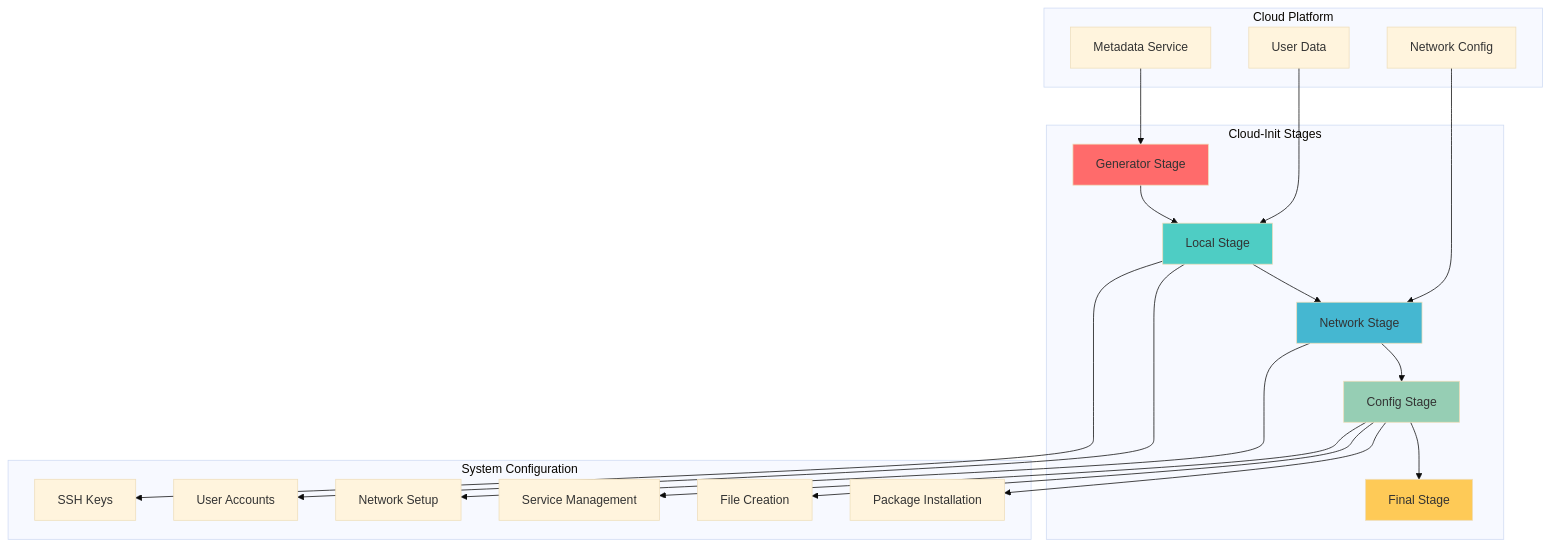
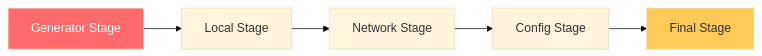
The diagram in 2-Intermediate/02-Phase-2/02-Configuration-Tools/05-Cloud-Init/README.md (Ganil151/Devops), drawn with Mermaid (base theme) before and after one commit. The commit also changed other lines of this file and 217 other files, not shown here.

````diff
--- a/2-Intermediate/02-Phase-2/02-Configuration-Tools/05-Cloud-Init/README.md
+++ b/2-Intermediate/02-Phase-2/02-Configuration-Tools/05-Cloud-Init/README.md
@@ -23,47 +18,10 @@
 ```mermaid
-graph TB
-    subgraph "Cloud Platform"
-        Meta[Metadata Service]
-        UD[User Data]
-        Net[Network Config]
-    end
+graph LR
+    Generator[Generator Stage] --> Local[Local Stage]
+    Local --> Network[Network Stage]
+    Network --> Config[Config Stage]
+    Config --> Final[Final Stage]
     
-    subgraph "Cloud-Init Stages"
-        S1[Generator Stage]
-        S2[Local Stage]
-        S3[Network Stage]
-        S4[Config Stage]
-        S5[Final Stage]
-    end
-    
-    subgraph "System Configuration"
-        Users[User Accounts]
-        SSH[SSH Keys]
-        Packages[Package Installation]
-        Files[File Creation]
-        Services[Service Management]
-        Network[Network Setup]
-    end
-    
-    Meta --> S1
-    UD --> S2
-    Net --> S3
-    
-    S1 --> S2
-    S2 --> S3
-    S3 --> S4
-    S4 --> S5
-    
-    S2 --> Users
-    S2 --> SSH
-    S4 --> Packages
-    S4 --> Files
-    S4 --> Services
-    S3 --> Network
-    
-    style S1 fill:#ff6b6b
-    style S2 fill:#4ecdc4
-    style S3 fill:#45b7d1
-    style S4 fill:#96ceb4
-    style S5 fill:#feca57
+    style Generator fill:#ff6b6b,color:#fff
+    style Final fill:#feca57
 ```
````
